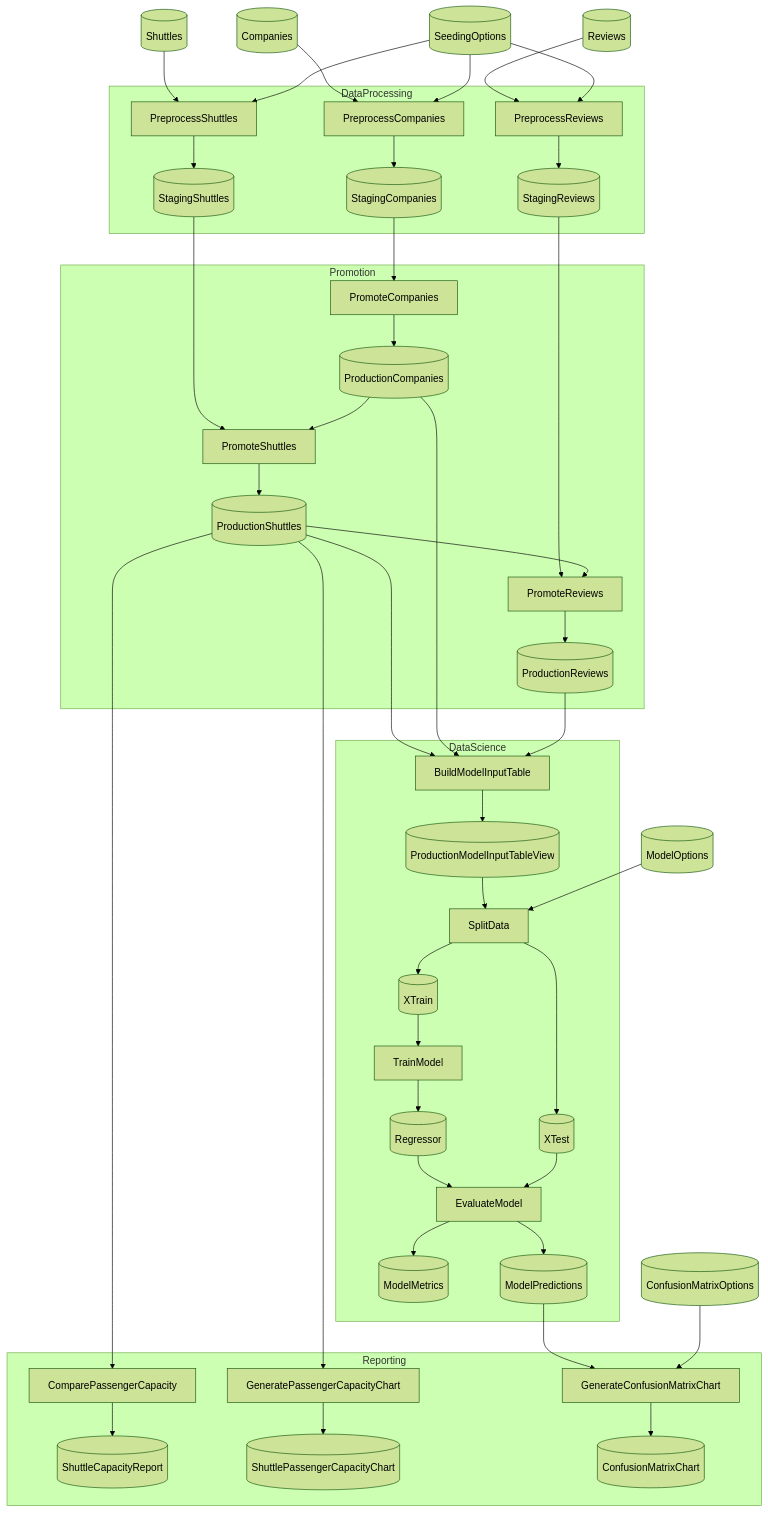
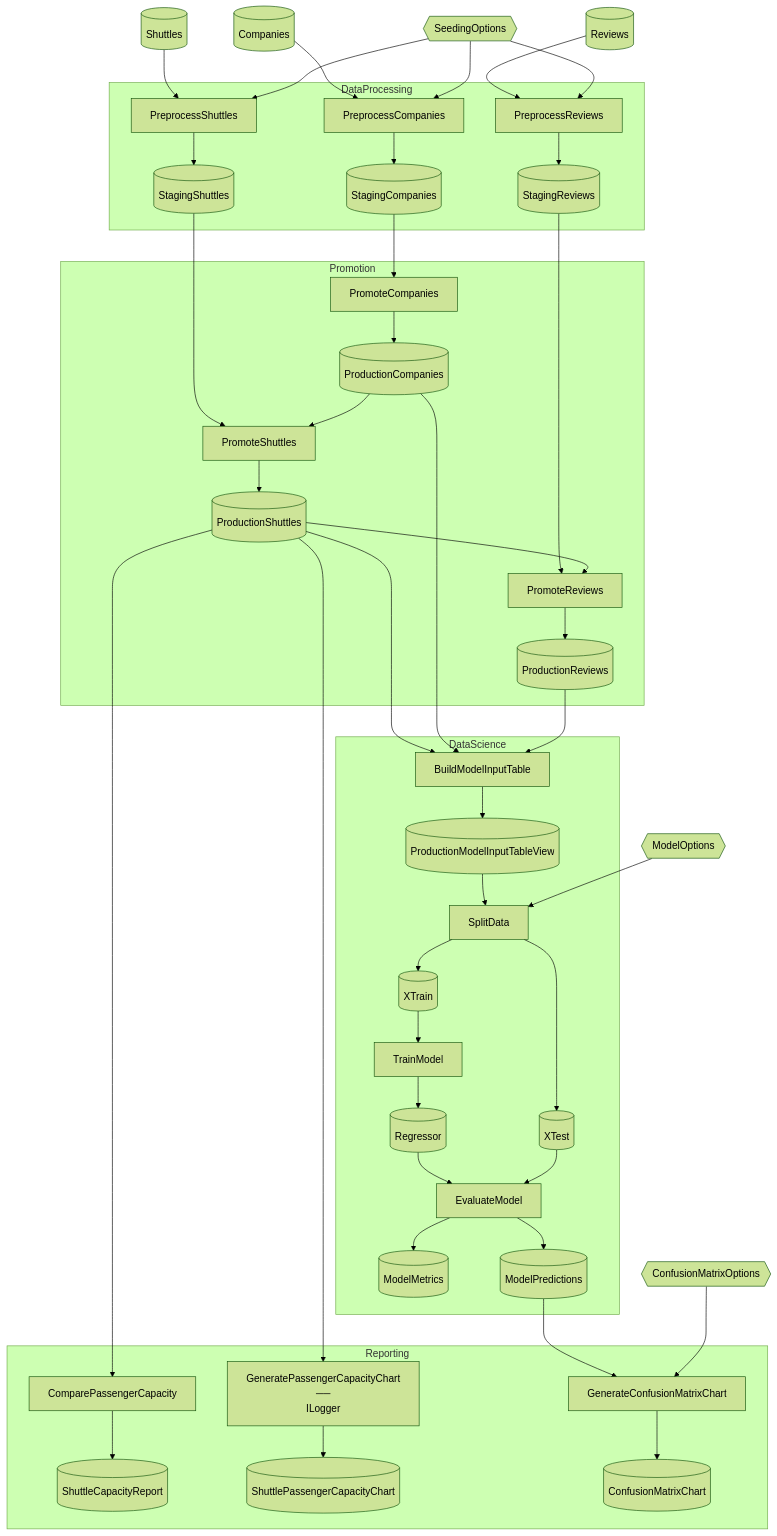
One commit to chaoticgoodcomputing/flowthru changed the diagram in examples/advanced/SpaceflightsStagingSchema/README.md. Above: the diagram before and after it, drawn with Mermaid (forest theme). The commit also changed 16 other files, not shown here.

Commit message:
docs: update README examples with new mermaid output

```diff
--- a/examples/advanced/SpaceflightsStagingSchema/README.md
+++ b/examples/advanced/SpaceflightsStagingSchema/README.md
@@ -46,10 +46,10 @@
 
     %% External Data Inputs
     Companies[("Companies")]
-    ConfusionMatrixOptions[("ConfusionMatrixOptions")]
-    ModelOptions[("ModelOptions")]
+    ConfusionMatrixOptions{{"ConfusionMatrixOptions"}}
+    ModelOptions{{"ModelOptions"}}
     Reviews[("Reviews")]
-    SeedingOptions[("SeedingOptions")]
+    SeedingOptions{{"SeedingOptions"}}
     Shuttles[("Shuttles")]
 
     subgraph DataProcessing["DataProcessing"]
@@ -86,7 +86,7 @@
     subgraph Reporting["Reporting"]
         ComparePassengerCapacity["ComparePassengerCapacity"]
         ShuttleCapacityReport[("ShuttleCapacityReport")]
-        GeneratePassengerCapacityChart["GeneratePassengerCapacityChart"]
+        GeneratePassengerCapacityChart["GeneratePassengerCapacityChart<br>──<br>ILogger"]
         ShuttlePassengerCapacityChart[("ShuttlePassengerCapacityChart")]
         GenerateConfusionMatrixChart["GenerateConfusionMatrixChart"]
         ConfusionMatrixChart[("ConfusionMatrixChart")]
```
